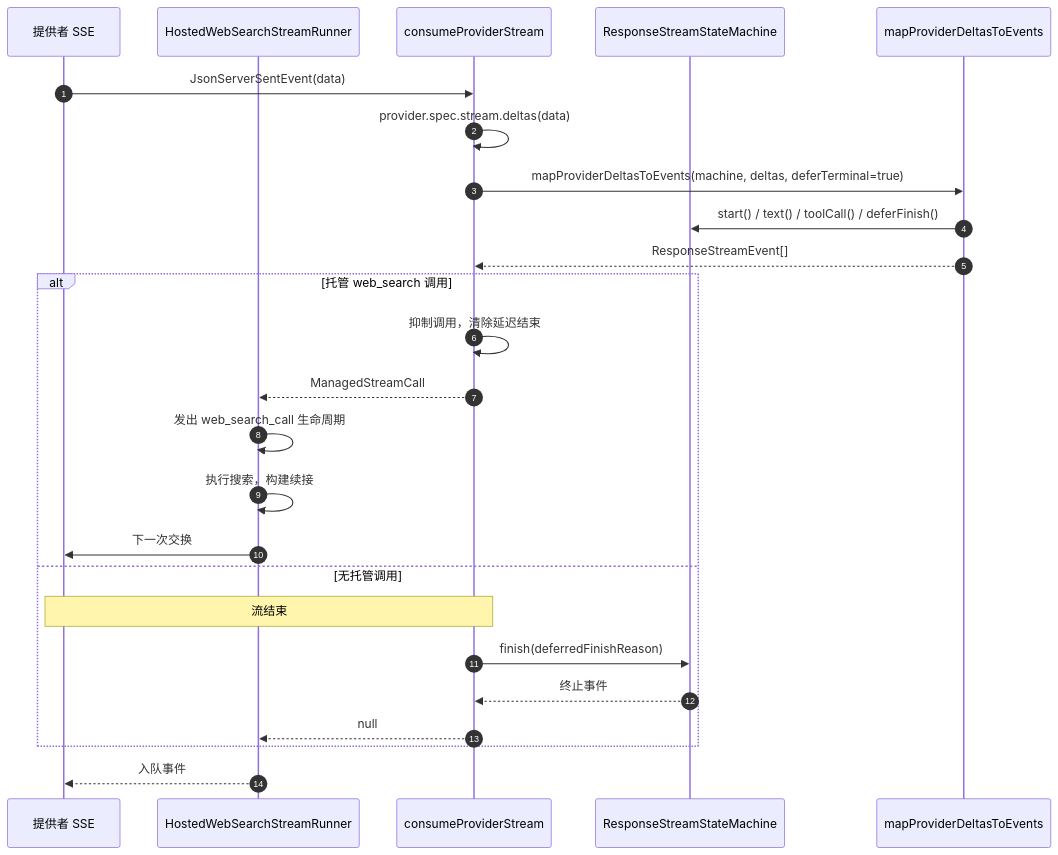
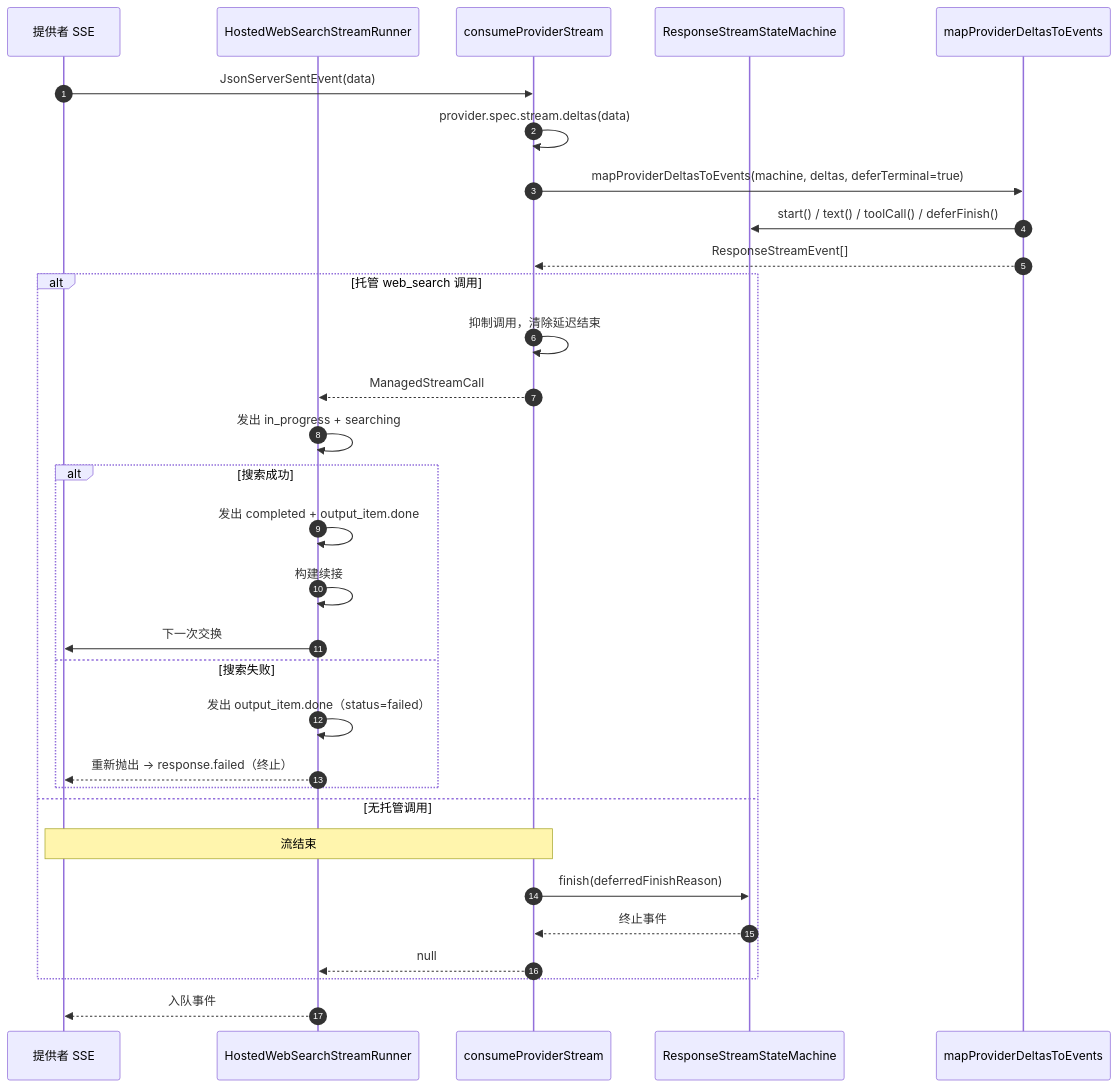
The second of 3 diagrams in wiki/zh/02-architecture/streaming-pipeline.md (Ahoo-Wang/GodeX), drawn with Mermaid before and after one commit. The commit also changed other lines of this file and 12 other files, not shown here.

First line of the commit message:
docs(wiki): address review feedback on web_search docs and removed routes

````diff
--- a/wiki/zh/02-architecture/streaming-pipeline.md
+++ b/wiki/zh/02-architecture/streaming-pipeline.md
@@ -89,29 +89,35 @@
 ```mermaid
 sequenceDiagram
     autonumber
     participant SSE as 提供者 SSE
     participant R as HostedWebSearchStreamRunner
     participant C as consumeProviderStream
     participant M as ResponseStreamStateMachine
     participant D as mapProviderDeltasToEvents
 
     SSE->>C: JsonServerSentEvent(data)
     C->>C: provider.spec.stream.deltas(data)
     C->>D: mapProviderDeltasToEvents(machine, deltas, deferTerminal=true)
     D->>M: start() / text() / toolCall() / deferFinish()
     D-->>C: ResponseStreamEvent[]
 
     alt 托管 web_search 调用
         C->>C: 抑制调用，清除延迟结束
         C-->>R: ManagedStreamCall
-        R->>R: 发出 web_search_call 生命周期
-        R->>R: 执行搜索，构建续接
-        R->>SSE: 下一次交换
+        R->>R: 发出 in_progress + searching
+        alt 搜索成功
+            R->>R: 发出 completed + output_item.done
+            R->>R: 构建续接
+            R->>SSE: 下一次交换
+        else 搜索失败
+            R->>R: 发出 output_item.done（status=failed）
+            R-->>SSE: 重新抛出 -> response.failed（终止）
+        end
     else 无托管调用
         Note over SSE,C: 流结束
         C->>M: finish(deferredFinishReason)
         M-->>C: 终止事件
         C-->>R: null
     end
     R-->>SSE: 入队事件
 ```
````
